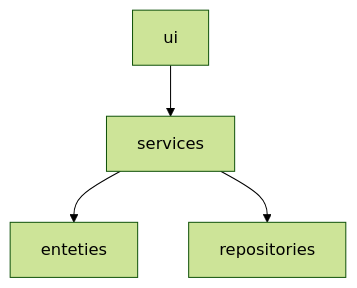
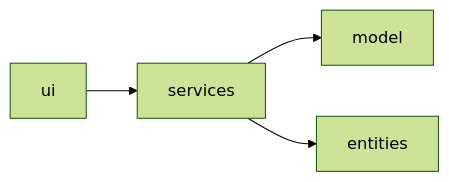
One commit to BorisVer/ot-harjoitustyo changed the second of 3 diagrams in dokumentaatio/arkkitehtuuri.md. Above: the diagram before and after it, drawn with Mermaid (forest theme). The commit also changed other lines of this file, not shown here.

````diff
--- a/dokumentaatio/arkkitehtuuri.md
+++ b/dokumentaatio/arkkitehtuuri.md
@@ -43,6 +40,7 @@
 ```mermaid
-graph TD
-    ui --> services
-    services --> enteties
-    services --> repositories 
+graph LR
+    UI["ui"] --> Services["services"]
+    Services --> Model["model"]
+    Services --> Entities["entities"]
+
 ```
````
